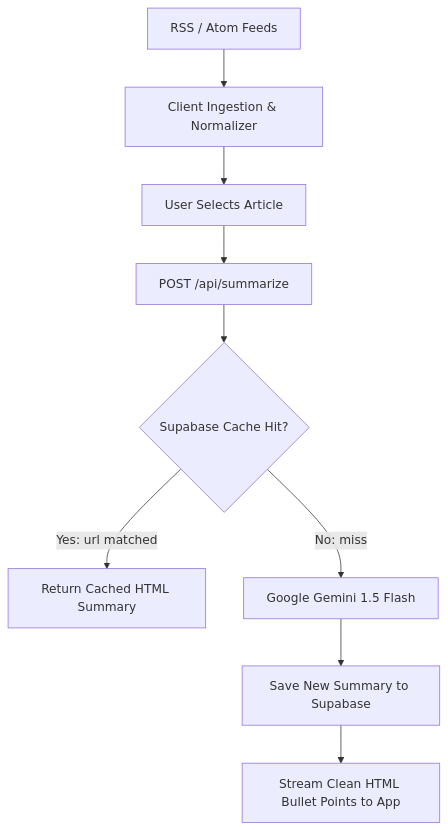
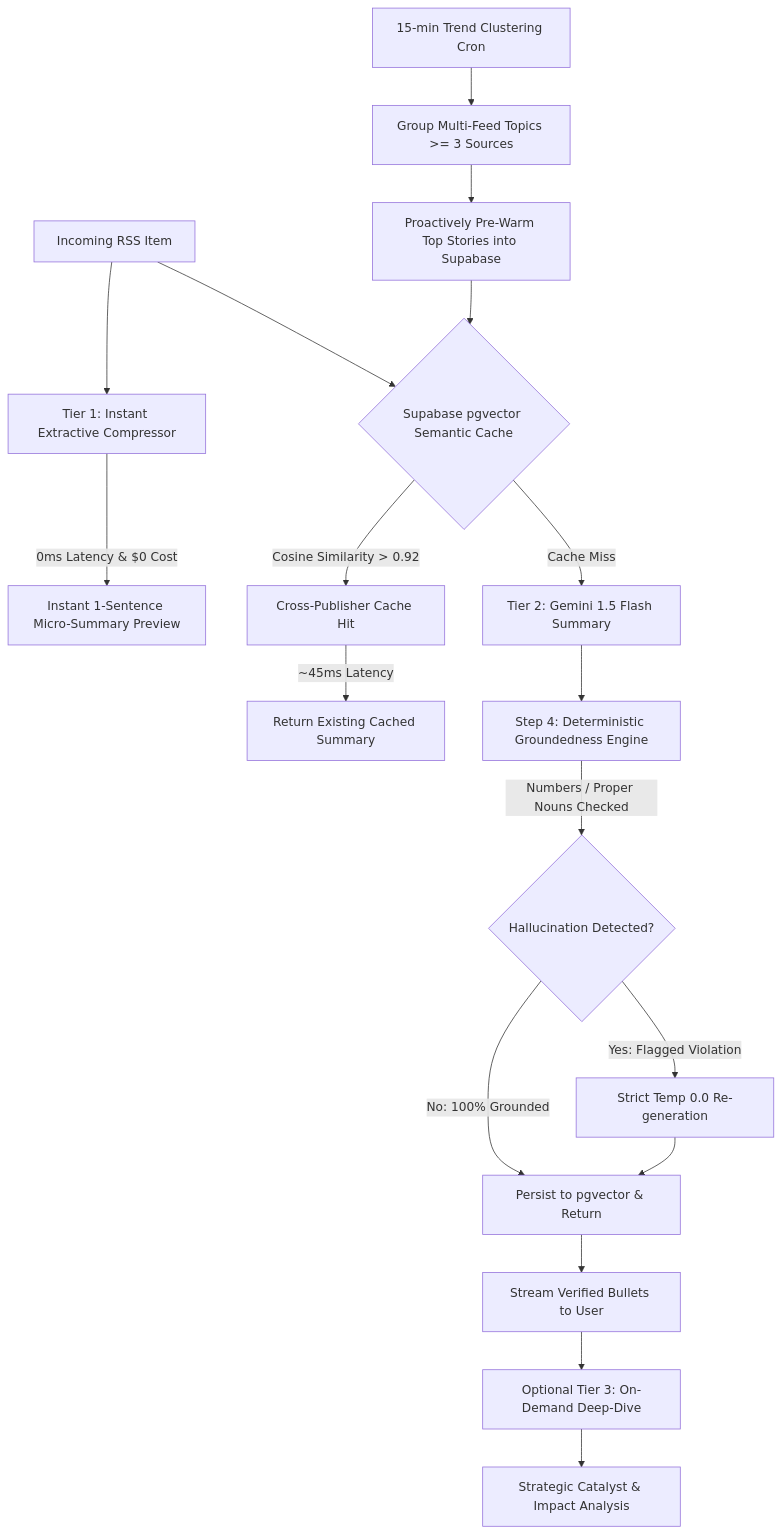
Before and after one commit to mmkaya-ui/rssmindly: the diagram in README.md, drawn with Mermaid. The commit also changed other lines of this file and 17 other files, not shown here.

Commit message:
feat: implement 4-step semantic deduplication, predictive pre-warming, cascading summaries, and PWA

````diff
--- a/README.md
+++ b/README.md
@@ -18,11 +11,24 @@
 ```mermaid
 flowchart TD
-    A[RSS / Atom Feeds] --> B[Client Ingestion & Normalizer]
-    B --> C[User Selects Article]
-    C --> D[POST /api/summarize]
-    D --> E{Supabase Cache Hit?}
-    E -->|Yes: url matched| F[Return Cached HTML Summary]
-    E -->|No: miss| G[Google Gemini 1.5 Flash]
-    G --> H[Save New Summary to Supabase]
-    H --> I[Stream Clean HTML Bullet Points to App]
+    A[Incoming RSS Item] --> B[Tier 1: Instant Extractive Compressor]
+    B -->|0ms Latency & $0 Cost| UI1[Instant 1-Sentence Micro-Summary Preview]
+    
+    A --> C{Supabase pgvector Semantic Cache}
+    C -->|Cosine Similarity > 0.92| D[Cross-Publisher Cache Hit]
+    D -->|~45ms Latency| UI2[Return Existing Cached Summary]
+    
+    C -->|Cache Miss| E[Tier 2: Gemini 1.5 Flash Summary]
+    E --> F[Step 4: Deterministic Groundedness Engine]
+    F -->|Numbers / Proper Nouns Checked| G{Hallucination Detected?}
+    G -->|Yes: Flagged Violation| H[Strict Temp 0.0 Re-generation]
+    G -->|No: 100% Grounded| I[Persist to pgvector & Return]
+    H --> I
+    I --> UI3[Stream Verified Bullets to User]
+
+    UI3 --> J[Optional Tier 3: On-Demand Deep-Dive]
+    J --> K[Strategic Catalyst & Impact Analysis]
+
+    Cron[15-min Trend Clustering Cron] --> L[Group Multi-Feed Topics >= 3 Sources]
+    L --> M[Proactively Pre-Warm Top Stories into Supabase]
+    M --> C
 ```
````
